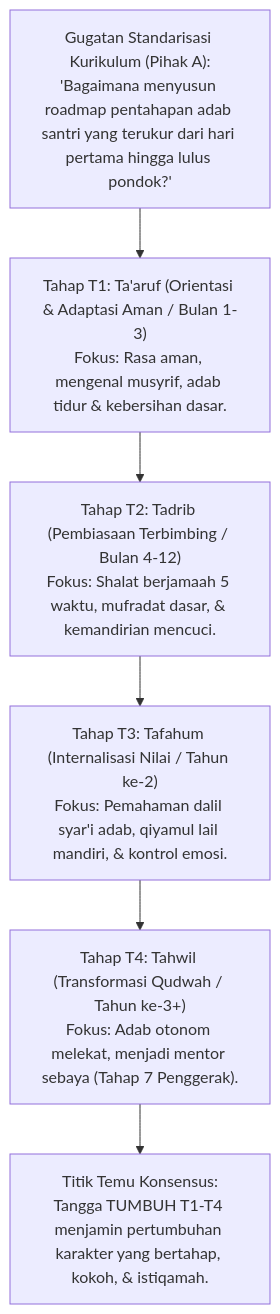
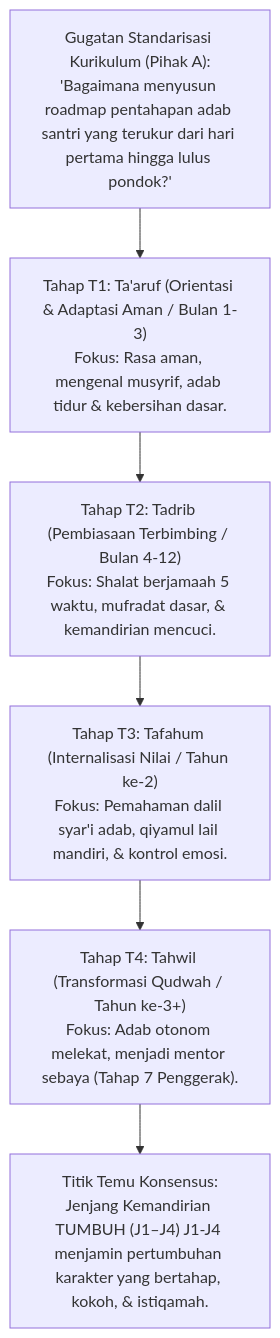
One commit to wandiapriliyandi/tumbuh changed the seventh of 9 diagrams in 02 Principles/01 Core Principles/P2-01-06-Prinsip-Tadarruj-dan-Istiqamah.md. Above: the diagram before and after it, drawn with Mermaid. The commit also changed other lines of this file and 209 other files, not shown here.

````diff
--- a/02 Principles/01 Core Principles/P2-01-06-Prinsip-Tadarruj-dan-Istiqamah.md
+++ b/02 Principles/01 Core Principles/P2-01-06-Prinsip-Tadarruj-dan-Istiqamah.md
@@ -320,9 +320,9 @@
 ```mermaid
 flowchart TD
     A["Gugatan Standarisasi Kurikulum (Pihak A):<br/>'Bagaimana menyusun roadmap pentahapan adab santri yang terukur dari hari pertama hingga lulus pondok?'"]
     --> B1["Tahap T1: Ta'aruf (Orientasi & Adaptasi Aman / Bulan 1-3)<br/>Fokus: Rasa aman, mengenal musyrif, adab tidur & kebersihan dasar."]
     B1 --> B2["Tahap T2: Tadrib (Pembiasaan Terbimbing / Bulan 4-12)<br/>Fokus: Shalat berjamaah 5 waktu, mufradat dasar, & kemandirian mencuci."]
     B2 --> B3["Tahap T3: Tafahum (Internalisasi Nilai / Tahun ke-2)<br/>Fokus: Pemahaman dalil syar'i adab, qiyamul lail mandiri, & kontrol emosi."]
     B3 --> B4["Tahap T4: Tahwil (Transformasi Qudwah / Tahun ke-3+)<br/>Fokus: Adab otonom melekat, menjadi mentor sebaya (Tahap 7 Penggerak)."]
-    B4 --> C["Titik Temu Konsensus:<br/>Tangga TUMBUH T1-T4 menjamin pertumbuhan karakter yang bertahap, kokoh, & istiqamah."]
+    B4 --> C["Titik Temu Konsensus:<br/>Jenjang Kemandirian TUMBUH (J1–J4) J1-J4 menjamin pertumbuhan karakter yang bertahap, kokoh, & istiqamah."]
 ```
````
